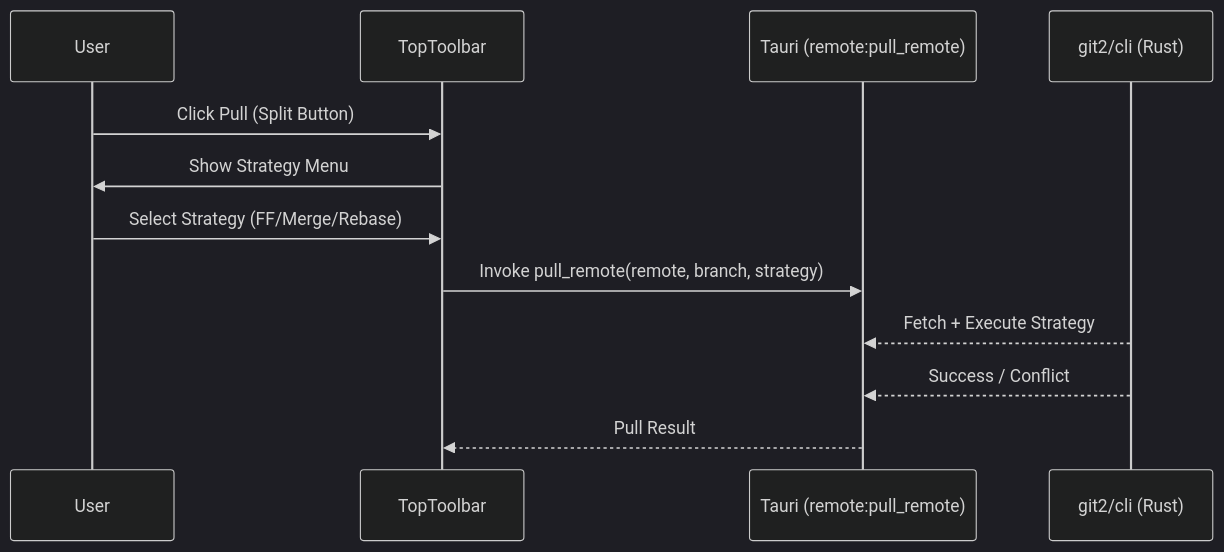
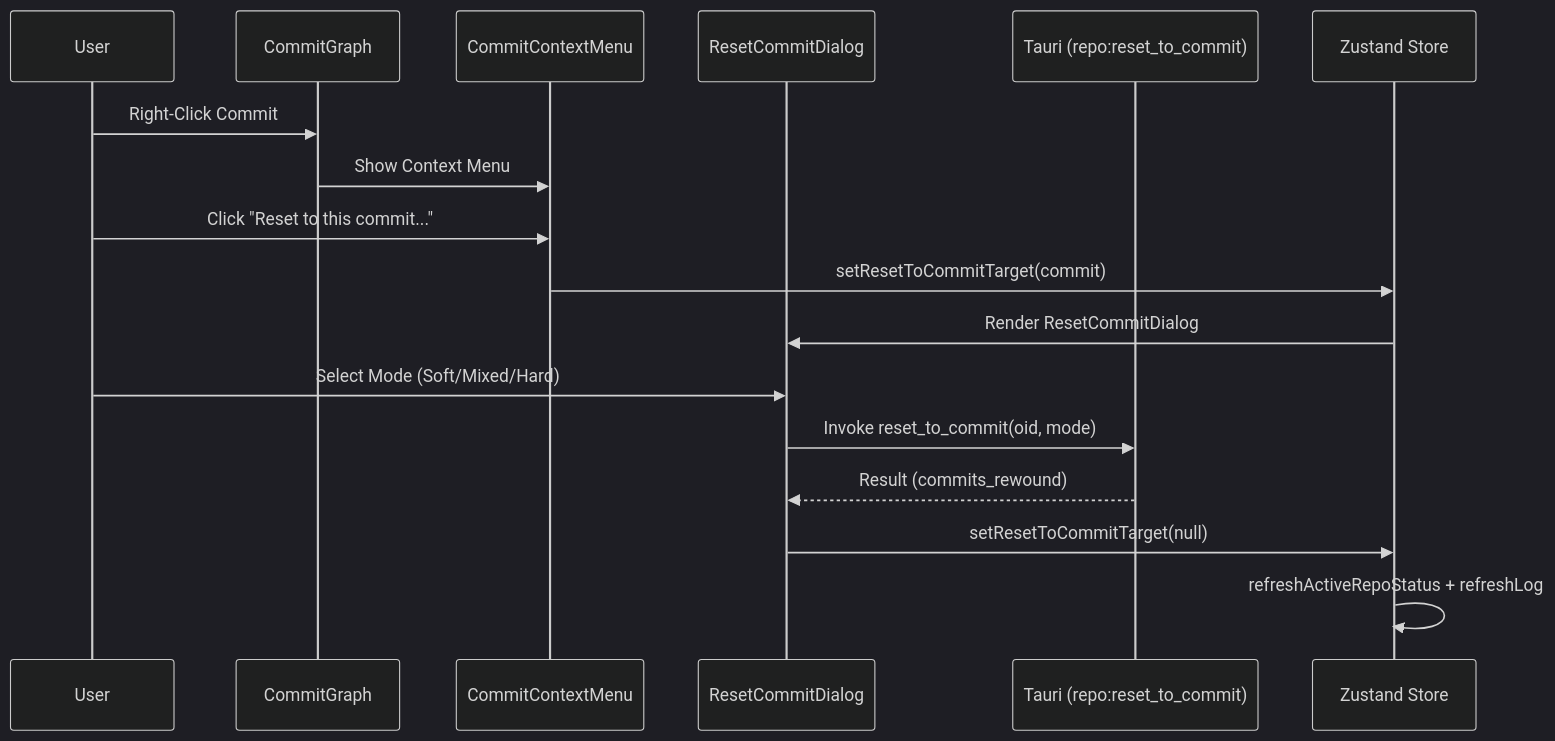
One commit to TrungHieu0107/git-helper changed the first of 3 diagrams in docs/user_flow.md. Above: the diagram before and after it, drawn with Mermaid (dark theme). The commit also changed other lines of this file and 19 other files, not shown here.

First line of the commit message:
feat(repo): add reset-to-commit command and integrate reset UI; implement unified conflict routing

````diff
--- a/docs/user_flow.md
+++ b/docs/user_flow.md
@@ -30,15 +10,20 @@
 ```mermaid
 sequenceDiagram
     participant U as User
-    participant Toolbar as TopToolbar
-    participant T as Tauri (remote:pull_remote)
-    participant G as git2/cli (Rust)
+    participant G as CommitGraph
+    participant M as CommitContextMenu
+    participant D as ResetCommitDialog
+    participant T as Tauri (repo:reset_to_commit)
+    participant S as Zustand Store
 
-    U->>Toolbar: Click Pull (Split Button)
-    Toolbar->>U: Show Strategy Menu
-    U->>Toolbar: Select Strategy (FF/Merge/Rebase)
-    Toolbar->>T: Invoke pull_remote(remote, branch, strategy)
-    G-->>T: Fetch + Execute Strategy
-    G-->>T: Success / Conflict
-    T-->>Toolbar: Pull Result
+    U->>G: Right-Click Commit
+    G->>M: Show Context Menu
+    U->>M: Click "Reset to this commit..."
+    M->>S: setResetToCommitTarget(commit)
+    S->>D: Render ResetCommitDialog
+    U->>D: Select Mode (Soft/Mixed/Hard)
+    D->>T: Invoke reset_to_commit(oid, mode)
+    T-->>D: Result (commits_rewound)
+    D->>S: setResetToCommitTarget(null)
+    S->>S: refreshActiveRepoStatus + refreshLog
 ```
````
